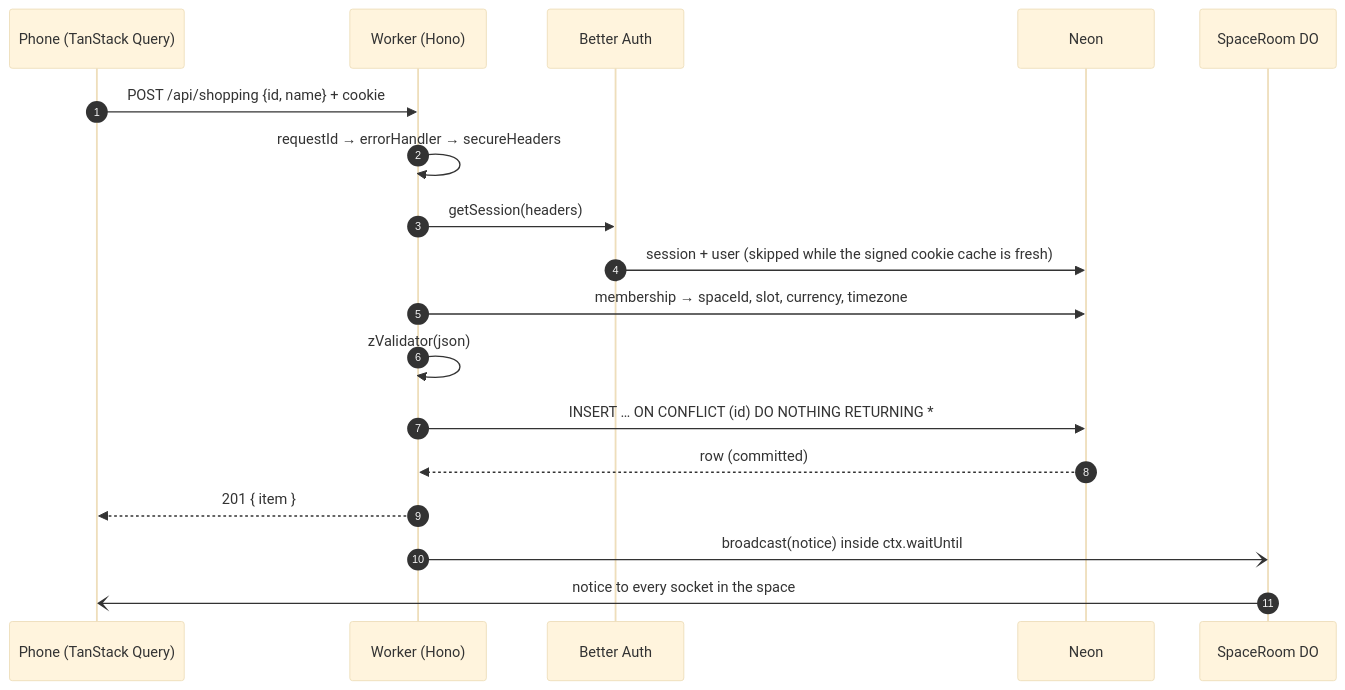
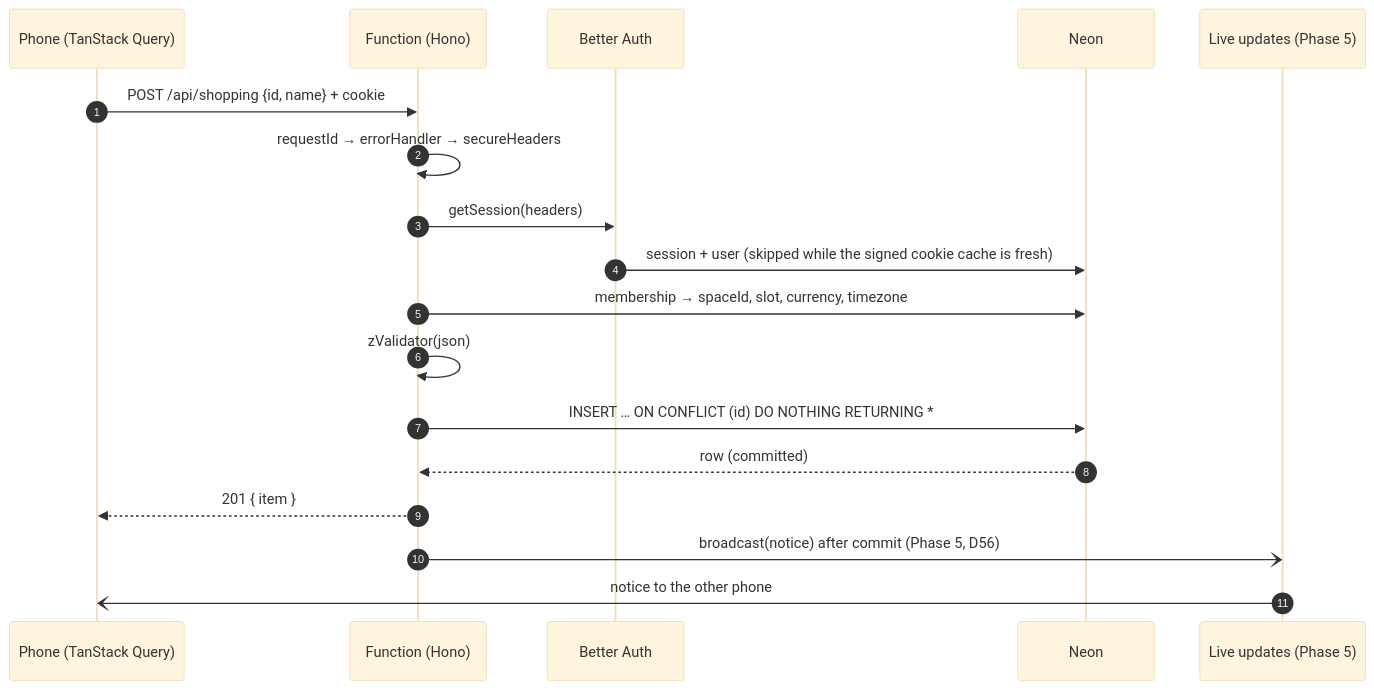
Before and after one commit to bouhvli/zamane-pro: the second of 5 diagrams in ARCHITECTURE.md, drawn with Mermaid (base theme). The commit also changed other lines of this file, not shown here.

````diff
--- a/ARCHITECTURE.md
+++ b/ARCHITECTURE.md
@@ -65,20 +60,20 @@
 ```mermaid
 sequenceDiagram
   autonumber
   participant C as Phone (TanStack Query)
-  participant W as Worker (Hono)
+  participant W as Function (Hono)
   participant BA as Better Auth
   participant DB as Neon
-  participant R as SpaceRoom DO
+  participant R as Live updates (Phase 5)
   C->>W: POST /api/shopping {id, name} + cookie
   W->>W: requestId → errorHandler → secureHeaders
   W->>BA: getSession(headers)
   BA->>DB: session + user (skipped while the signed cookie cache is fresh)
   W->>DB: membership → spaceId, slot, currency, timezone
   W->>W: zValidator(json)
   W->>DB: INSERT … ON CONFLICT (id) DO NOTHING RETURNING *
   DB-->>W: row (committed)
   W-->>C: 201 { item }
-  W-)R: broadcast(notice) inside ctx.waitUntil
-  R-)C: notice to every socket in the space
+  W-)R: broadcast(notice) after commit (Phase 5, D56)
+  R-)C: notice to the other phone
 ```
````
